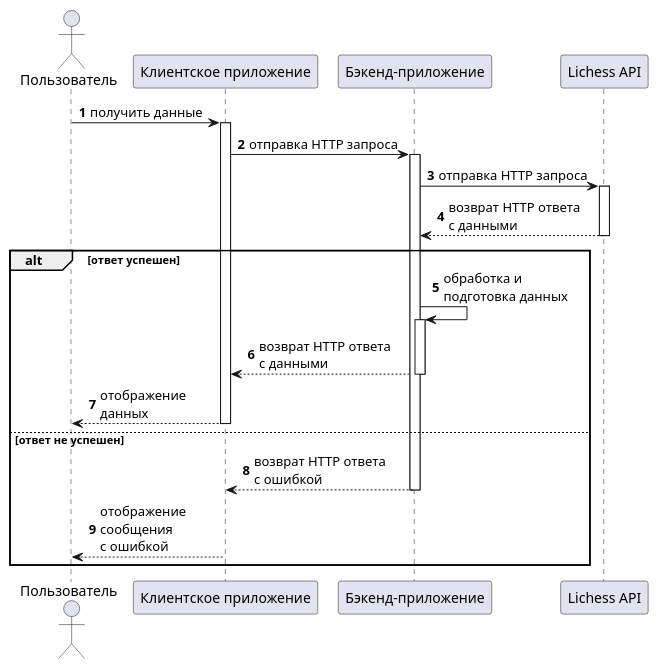
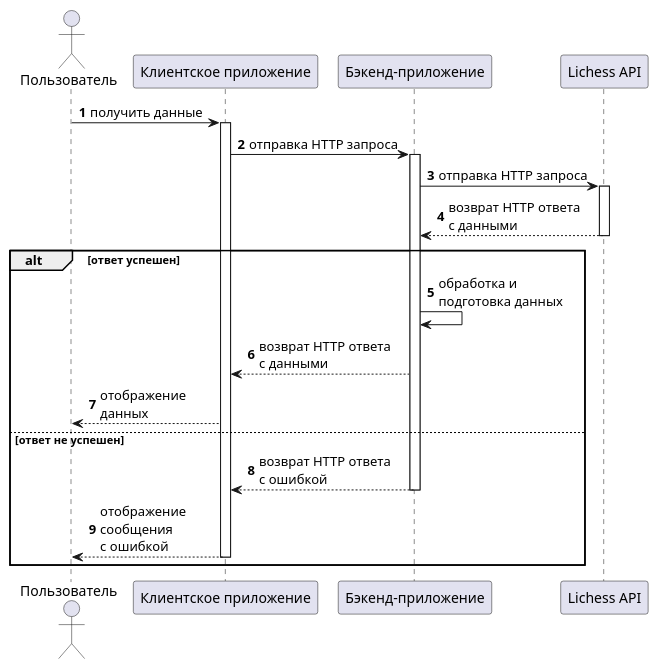
The first of 2 diagrams in docs/lichess_request_response.puml (AleksanderNekr/LichessAnalyzer), drawn with PlantUML before and after one commit. The commit also changed other lines of this file, not shown here.

Commit message:
[Docs] Remove autoactivate.

```diff
--- a/docs/lichess_request_response.puml
+++ b/docs/lichess_request_response.puml
@@ -1,34 +1,39 @@
 @startuml Basic Request-Response Sequence
 'https://plantuml.com/sequence-diagram
 
 autonumber
-autoactivate on
 
 ' actors: Пользователь, Клиентское приложение, Бэкенд-приложение, Lichess API
 ' сценарий: пользователь желает отобразить список шахматистов, клиентское приложение запрашивает список у бэкенда, бэкенд запрашивает список у Lichess API, Lichess API возвращает список, бэкенд обрабатывает данные и возвращает список клиентскому приложению, клиентское приложение отображает список пользователю
 
 actor Пользователь as user
 participant "Клиентское приложение" as client
 participant "Бэкенд-приложение" as backend
 participant "Lichess API" as lichess
 
 user -> client: получить данные
+activate client
 
 client -> backend: отправка HTTP запроса
+activate backend
 
 backend -> lichess: отправка HTTP запроса
+activate lichess
 lichess --> backend: возврат HTTP ответа\nс данными
+deactivate lichess
 
 alt ответ успешен
     backend -> backend: обработка и\nподготовка данных
     backend --> client: возврат HTTP ответа\nс данными
     
     client --> user: отображение\nданных
 else ответ не успешен
     backend --> client: возврат HTTP ответа\nс ошибкой
+    deactivate backend
     
     client --> user: отображение\nсообщения\nс ошибкой
+    deactivate client
 end
 
 
 @enduml
```
